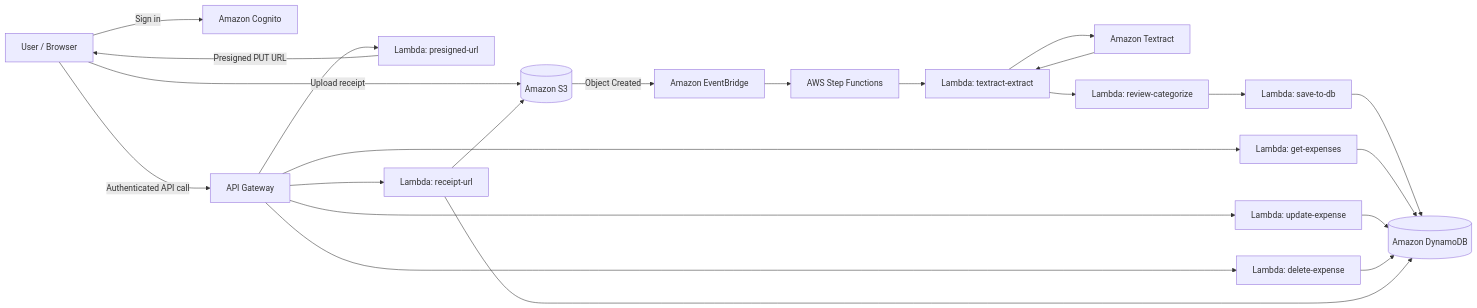
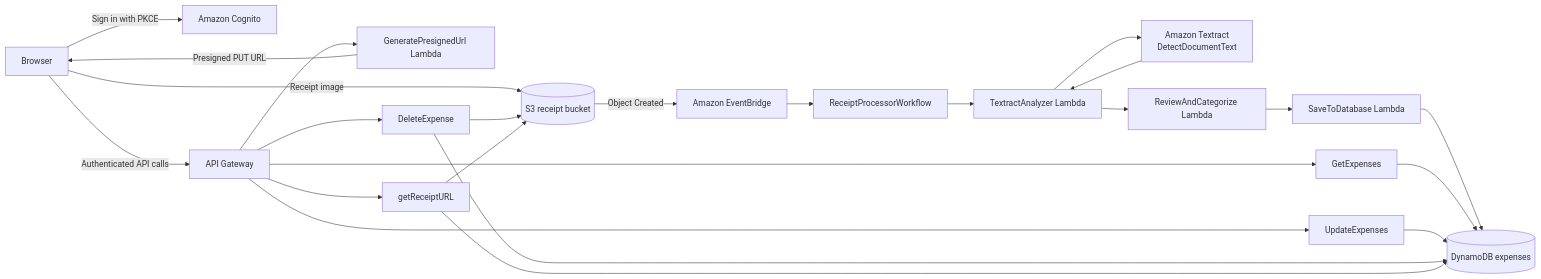
The diagram in README.md (SahilBh01r1769/serverless-receipt-processor), drawn with Mermaid before and after one commit. The commit also changed other lines of this file, not shown here.

Commit message:
docs: tell the console-built AWS engineering story

````diff
--- a/README.md
+++ b/README.md
@@ -44,30 +26,31 @@
 ```mermaid
 flowchart LR
-    U[User / Browser] -->|Sign in| COG[Amazon Cognito]
-    U -->|Authenticated API call| API[API Gateway]
-    API --> PRE[Lambda: presigned-url]
+    U[Browser] -->|Sign in with PKCE| COG[Amazon Cognito]
+    U -->|Authenticated API calls| API[API Gateway]
+
+    API --> PRE[GeneratePresignedUrl Lambda]
     PRE -->|Presigned PUT URL| U
+    U -->|Receipt image| S3[(S3 receipt bucket)]
 
-    U -->|Upload receipt| S3[(Amazon S3)]
     S3 -->|Object Created| EB[Amazon EventBridge]
-    EB --> SF[AWS Step Functions]
+    EB --> SF[ReceiptProcessorWorkflow]
 
-    SF --> TEX[Lambda: textract-extract]
-    TEX --> AT[Amazon Textract]
-    AT --> TEX
+    SF --> TEX[TextractAnalyzer Lambda]
+    TEX --> OCR[Amazon Textract\nDetectDocumentText]
+    OCR --> TEX
+    TEX --> PARSE[ReviewAndCategorize Lambda]
+    PARSE --> SAVE[SaveToDatabase Lambda]
+    SAVE --> DB[(DynamoDB expenses)]
 
-    TEX --> REV[Lambda: review-categorize]
-    REV --> SAVE[Lambda: save-to-db]
-    SAVE --> DDB[(Amazon DynamoDB)]
+    API --> GET[GetExpenses]
+    API --> UPDATE[UpdateExpenses]
+    API --> DELETE[DeleteExpense]
+    API --> IMAGE[getReceiptURL]
 
-    API --> GET[Lambda: get-expenses]
-    API --> UPD[Lambda: update-expense]
-    API --> DEL[Lambda: delete-expense]
-    API --> IMG[Lambda: receipt-url]
-
-    GET --> DDB
-    UPD --> DDB
-    DEL --> DDB
-    IMG --> DDB
-    IMG --> S3
+    GET --> DB
+    UPDATE --> DB
+    DELETE --> DB
+    DELETE --> S3
+    IMAGE --> DB
+    IMAGE --> S3
 ```
````
